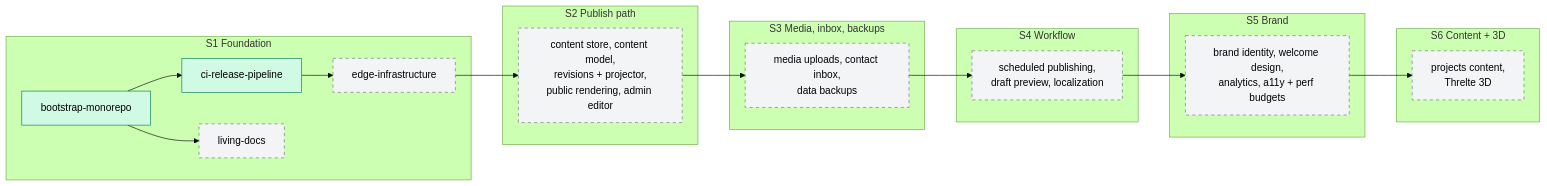
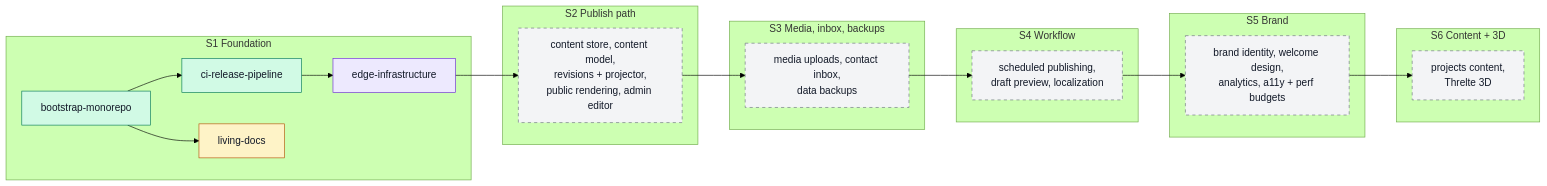
The diagram in docs/ROADMAP.md (ycmcuenca/ycmcuenca-core), drawn with Mermaid (forest theme) before and after one commit. The commit also changed other lines of this file, not shown here.

First line of the commit message:
docs(roadmap): style every status and link the living documents

````diff
--- a/docs/ROADMAP.md
+++ b/docs/ROADMAP.md
@@ -33,32 +37,34 @@
 ```mermaid
 flowchart LR
     subgraph S1["S1 Foundation"]
         bootstrap["bootstrap-monorepo"]:::archived
         ci["ci-release-pipeline"]:::archived
-        edge["edge-infrastructure"]:::planned
-        docs["living-docs"]:::planned
+        edge["edge-infrastructure"]:::proposed
+        docs["living-docs"]:::inProgress
     end
     subgraph S2["S2 Publish path"]
         s2["content store, content model,<br/>revisions + projector,<br/>public rendering, admin editor"]:::planned
     end
     subgraph S3["S3 Media, inbox, backups"]
         s3["media uploads, contact inbox,<br/>data backups"]:::planned
     end
     subgraph S4["S4 Workflow"]
         s4["scheduled publishing,<br/>draft preview, localization"]:::planned
     end
     subgraph S5["S5 Brand"]
         s5["brand identity, welcome design,<br/>analytics, a11y + perf budgets"]:::planned
     end
     subgraph S6["S6 Content + 3D"]
         s6["projects content,<br/>Threlte 3D"]:::planned
     end
 
     bootstrap --> ci --> edge
     bootstrap --> docs
     edge --> s2 --> s3 --> s4 --> s5 --> s6
 
-    classDef archived fill:#d1fae5,stroke:#047857
-    classDef merged fill:#dbeafe,stroke:#1d4ed8
-    classDef planned fill:#f3f4f6,stroke:#6b7280,stroke-dasharray:5 5
+    classDef archived fill:#d1fae5,stroke:#047857,color:#111827
+    classDef merged fill:#dbeafe,stroke:#1d4ed8,color:#111827
+    classDef inProgress fill:#fef3c7,stroke:#b45309,color:#111827
+    classDef proposed fill:#ede9fe,stroke:#6d28d9,color:#111827
+    classDef planned fill:#f3f4f6,stroke:#6b7280,color:#111827,stroke-dasharray:5 5
 ```
````
